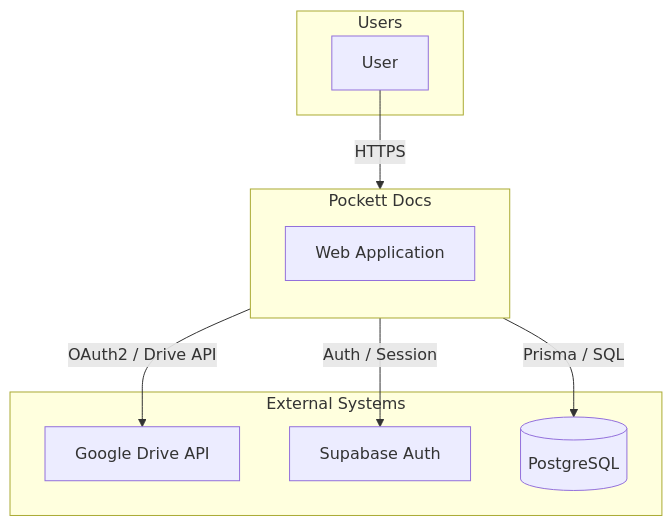
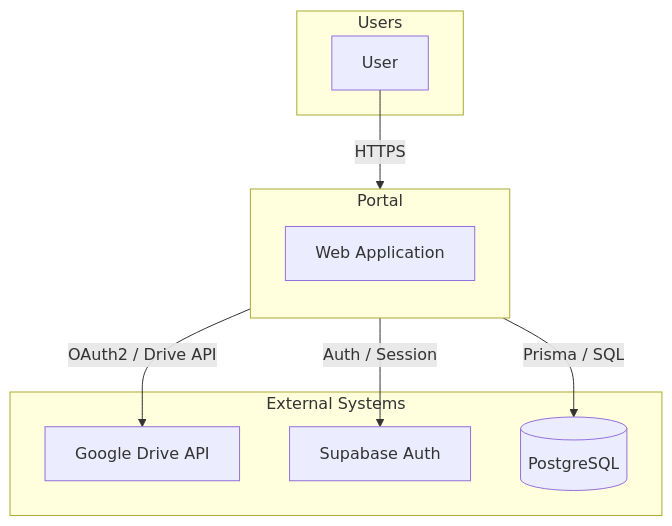
The first of 6 diagrams in docs/mvp/hld.md (pockett-one/pockett-docs), drawn with Mermaid before and after one commit. The commit also changed other lines of this file and 2 other files, not shown here.

````diff
--- a/docs/mvp/hld.md
+++ b/docs/mvp/hld.md
@@ -166,22 +241,22 @@
 ```mermaid
 flowchart TB
     subgraph Users
         U[User]
     end
 
-    subgraph Pockett["Pockett Docs"]
+    subgraph Portal["Portal"]
         direction TB
         APP[Web Application]
     end
 
     subgraph External["External Systems"]
         DRIVE[Google Drive API]
         SUPABASE[Supabase Auth]
         DB[(PostgreSQL)]
     end
 
     U -->|"HTTPS"| APP
     APP -->|"OAuth2 / Drive API"| DRIVE
     APP -->|"Auth / Session"| SUPABASE
     APP -->|"Prisma / SQL"| DB
 ```
````
